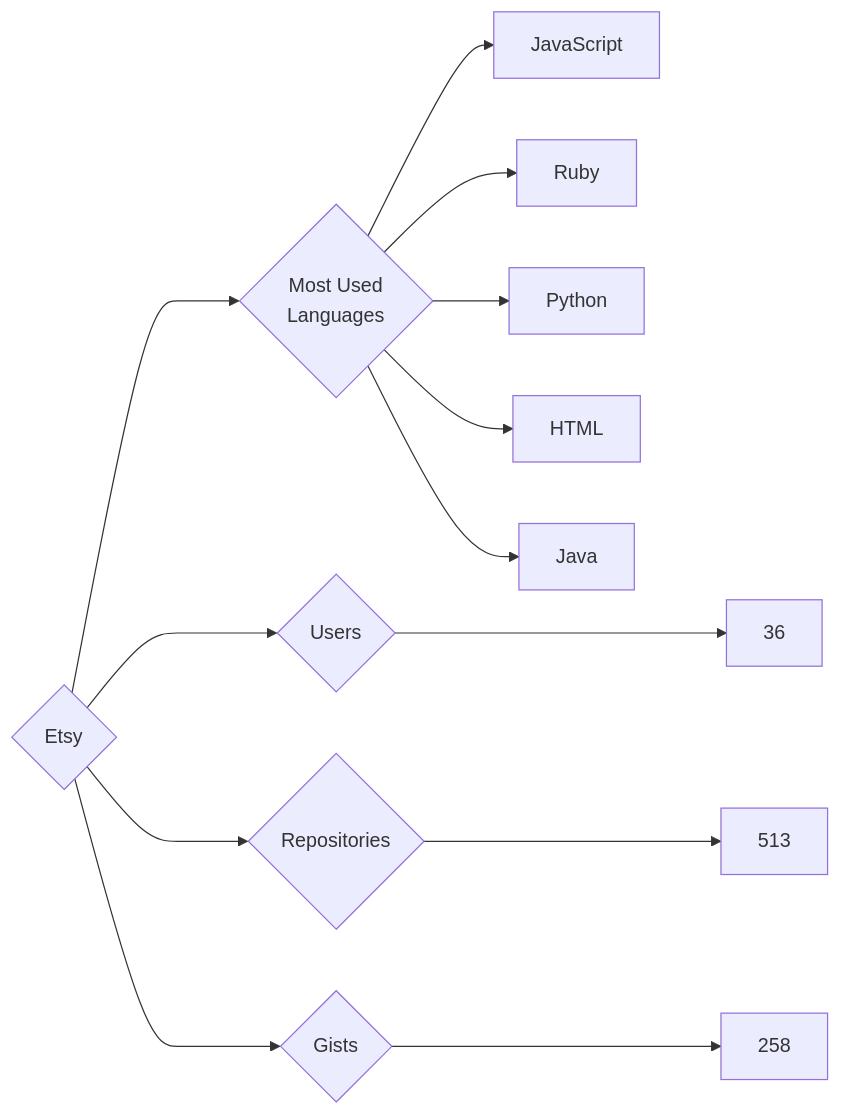
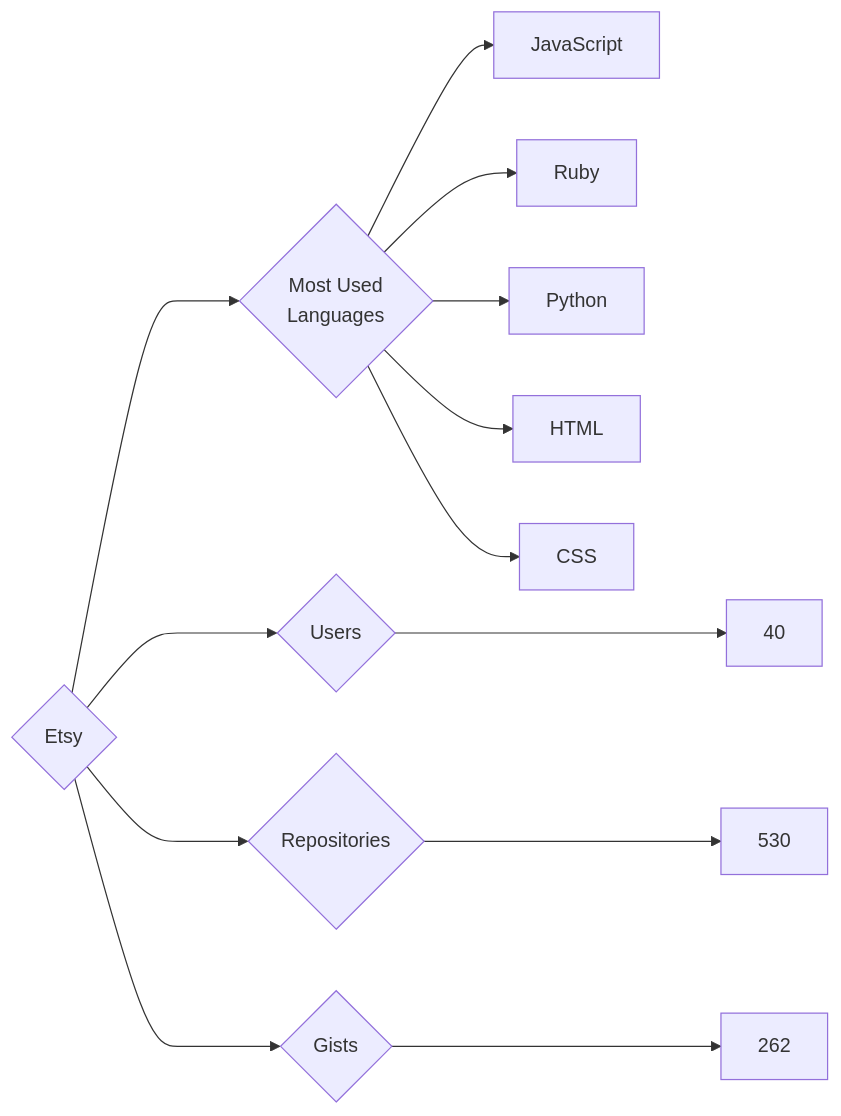
One commit to trickest/insiders changed the diagram in targets/Etsy/README.md. Above: the diagram before and after it, drawn with Mermaid. The commit also changed 1195 other files, not shown here.

````diff
--- a/targets/Etsy/README.md
+++ b/targets/Etsy/README.md
@@ -3,13 +3,13 @@
 ```mermaid
 graph LR
 COMPANY_NAME{Etsy}
-COMPANY_NAME ---> U{Users} ---> UN[36]
-COMPANY_NAME ---> R{Repositories} ---> RN[513]
-COMPANY_NAME ---> G{Gists} ---> GN[258]
+COMPANY_NAME ---> U{Users} ---> UN[40]
+COMPANY_NAME ---> R{Repositories} ---> RN[530]
+COMPANY_NAME ---> G{Gists} ---> GN[262]
 COMPANY_NAME ---> ML{Most Used<br>Languages}
 ML --> JavaScript[JavaScript]
 ML --> Ruby[Ruby]
 ML --> Python[Python]
 ML --> HTML[HTML]
-ML --> Java[Java]
+ML --> CSS[CSS]
 ```
````
